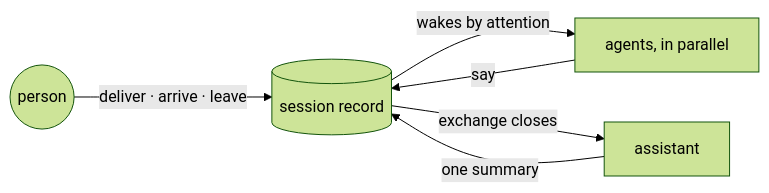
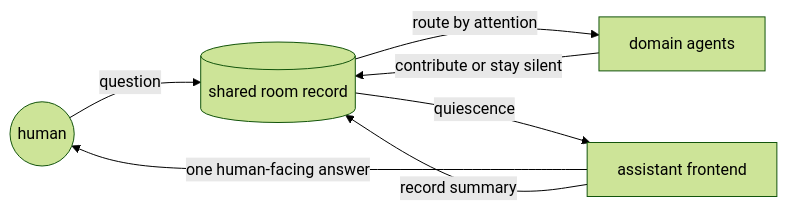
One commit to ambionframework/ambion changed the diagram in README.md. Above: the diagram before and after it, drawn with Mermaid (forest theme). The commit also changed other lines of this file, not shown here.

````diff
--- a/README.md
+++ b/README.md
@@ -64,8 +28,9 @@
 ```mermaid
 flowchart LR
-    P((person)) -- "deliver · arrive · leave" --> R[(session record)]
-    R -- "wakes by attention" --> A["agents, in parallel"]
-    A -- "say" --> R
-    R -- "exchange closes" --> D[assistant]
-    D -- "one summary" --> R
+    H((human)) -- "question" --> L[(shared room record)]
+    L -- "route by attention" --> A[domain agents]
+    A -- "contribute or stay silent" --> L
+    L -- "quiescence" --> S[assistant frontend]
+    S -- "one human-facing answer" --> H
+    S -- "record summary" --> L
 ```
````
